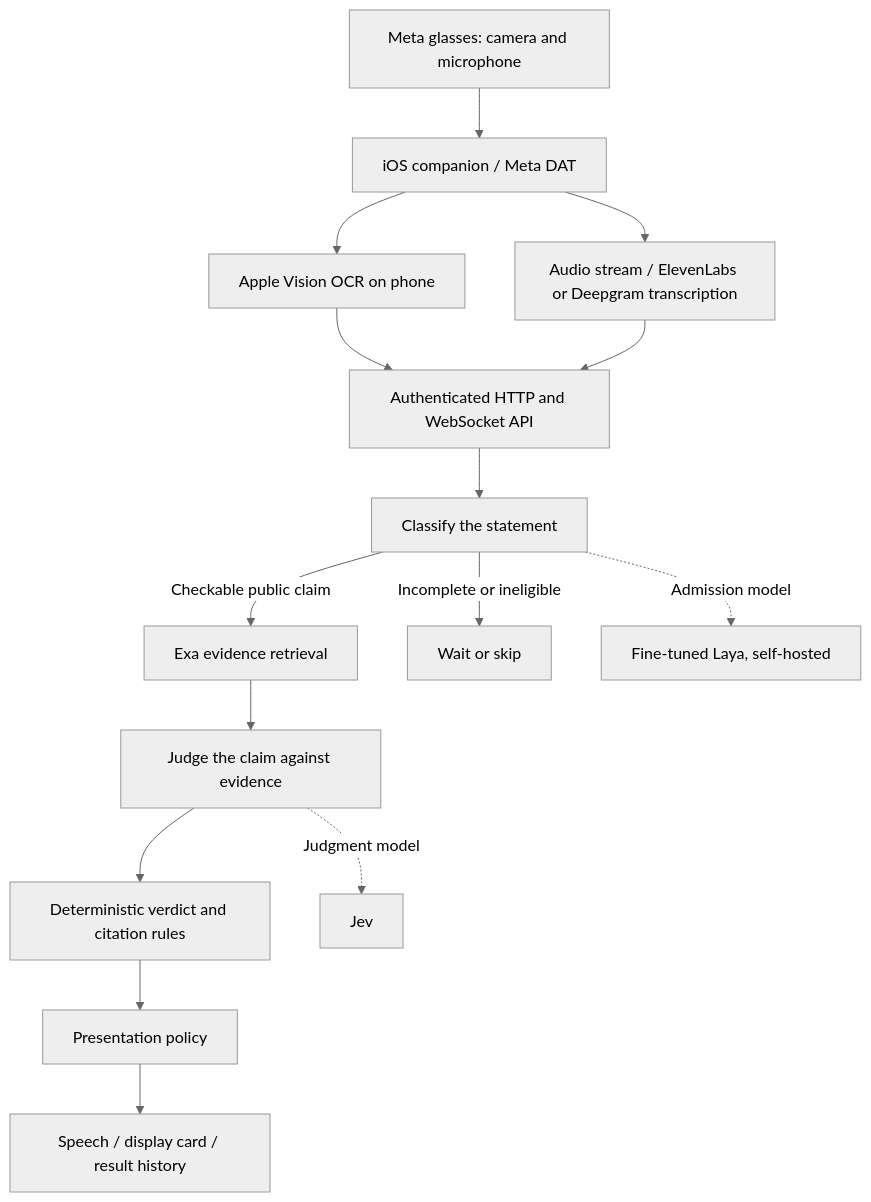
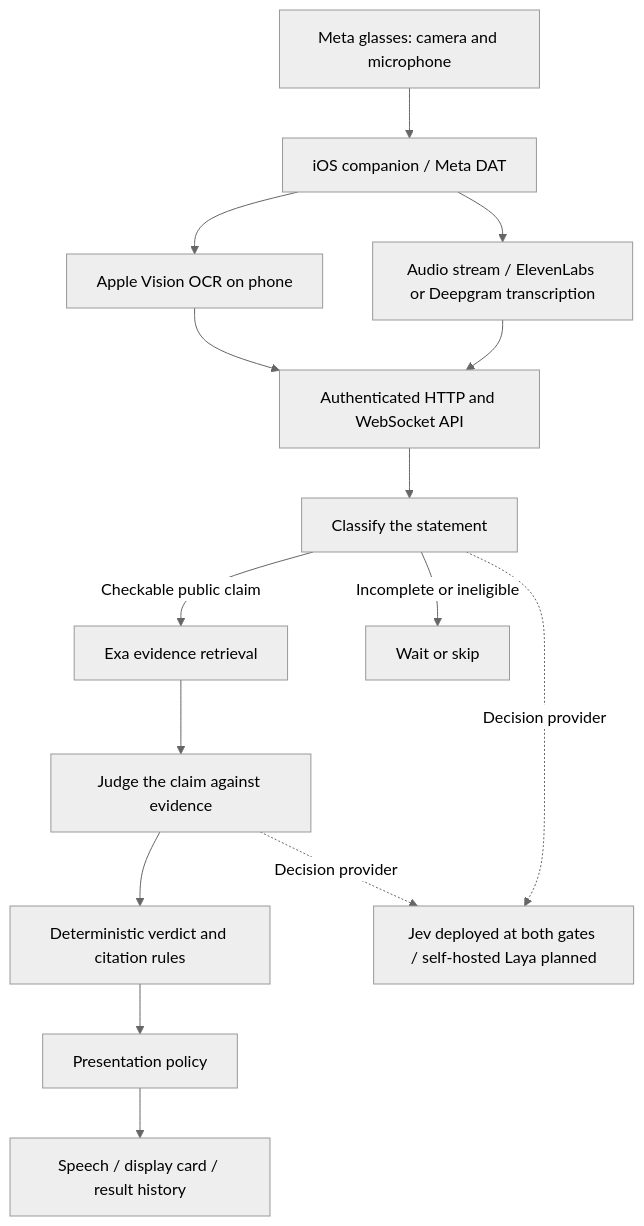
Before and after one commit to erick-dsnk/facto: the diagram in README.md, drawn with Mermaid (neutral theme). The commit also changed other lines of this file, not shown here.

Commit message:
docs: clarify deployed Jev pipeline and planned self-hosted Laya

````diff
--- a/README.md
+++ b/README.md
@@ -54,17 +54,17 @@
 ```mermaid
 flowchart TD
     G[Meta glasses: camera and microphone] --> I[iOS companion / Meta DAT]
     I --> O[Apple Vision OCR on phone]
     I --> A[Audio stream / ElevenLabs or Deepgram transcription]
     O --> T[Authenticated HTTP and WebSocket API]
     A --> T
     T --> C[Classify the statement]
     C -->|Checkable public claim| E[Exa evidence retrieval]
     C -->|Incomplete or ineligible| W[Wait or skip]
     E --> J[Judge the claim against evidence]
     J --> V[Deterministic verdict and citation rules]
     V --> P[Presentation policy]
     P --> R[Speech / display card / result history]
-    C -. Admission model .-> L[Fine-tuned Laya, self-hosted]
-    J -. Judgment model .-> M[Jev]
+    C -. Decision provider .-> M[Jev deployed at both gates / self-hosted Laya planned]
+    J -. Decision provider .-> M
 ```
````
